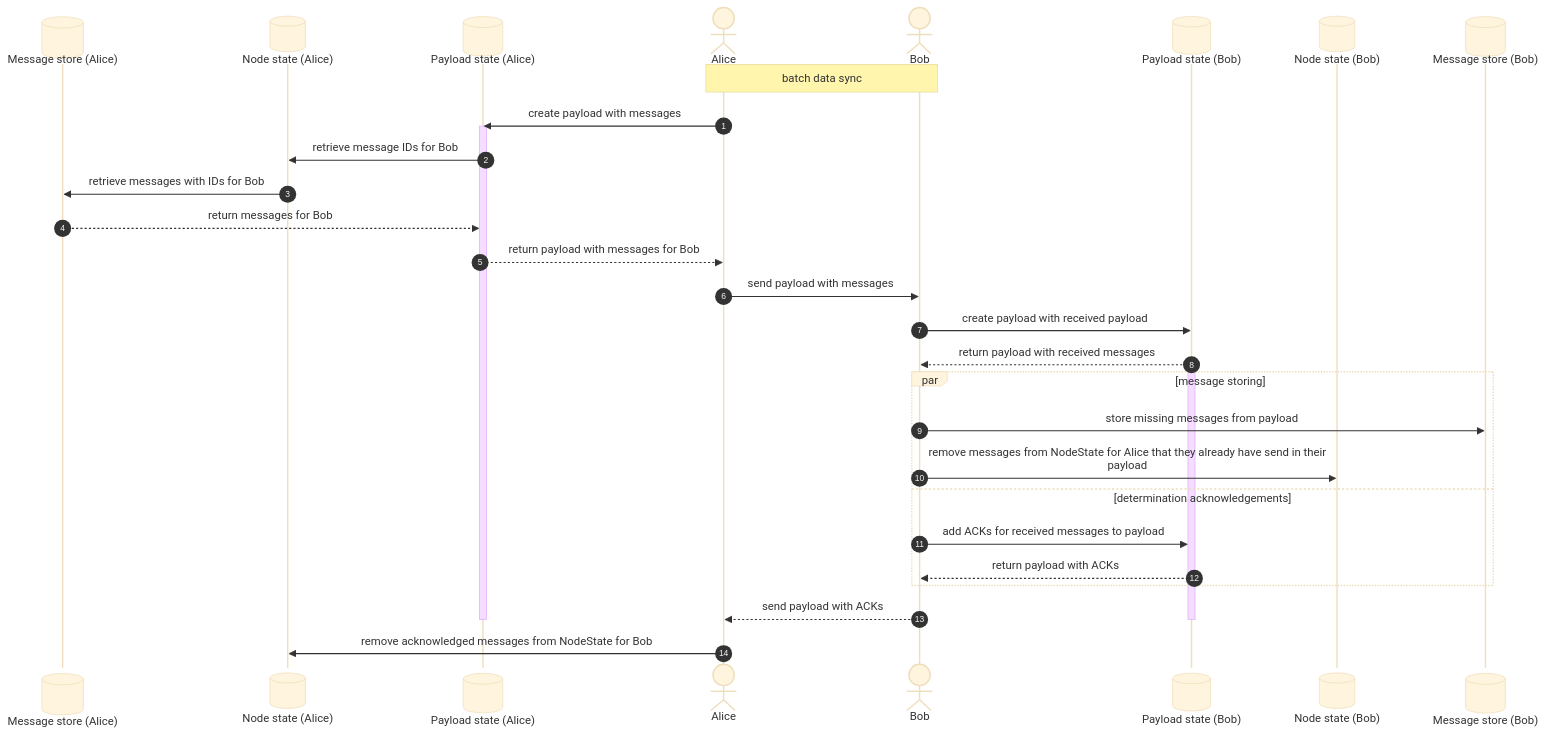
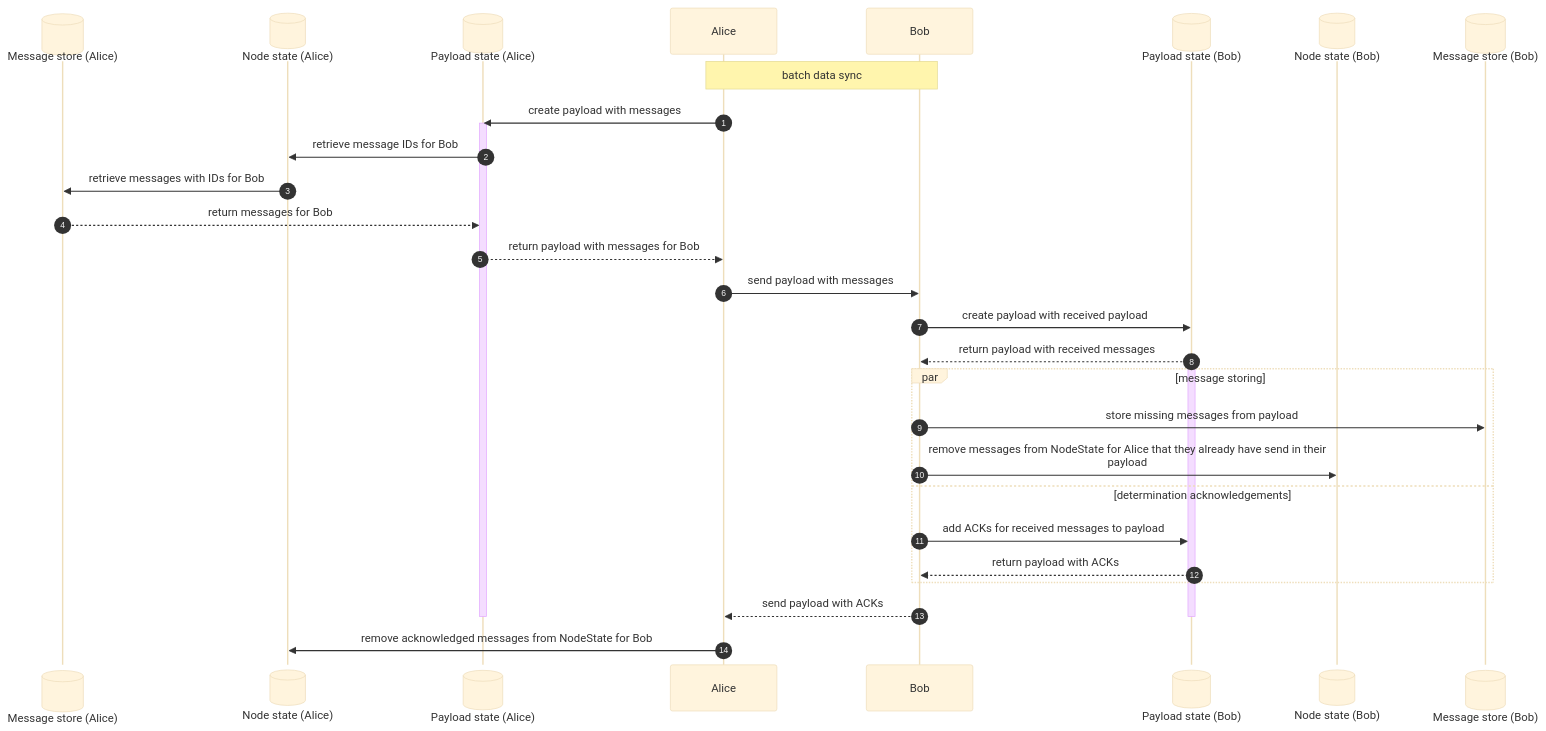
The diagram in formal_verification/versions/01/batch/diagrams/sequence/sequenceDiagram-batch_global.mermaid (SweersJ/Decentralised-Safety---A-Protocol-for-Peer-to-Peer-Emergency-Communication), drawn with Mermaid (base theme) before and after one commit. The commit also changed 1 other file, not shown here.

Commit message:
make Alice and Bob participants instead of Actors  as they are not doing the actions but the client that they own.

```diff
--- a/formal_verification/versions/01/batch/diagrams/sequence/sequenceDiagram-batch_global.mermaid
+++ b/formal_verification/versions/01/batch/diagrams/sequence/sequenceDiagram-batch_global.mermaid
@@ -1,37 +1,38 @@
 sequenceDiagram
     autonumber
     participant MessageStore_Alice@{ "type" : "database" } as Message store (Alice)
     participant NodeState_Alice@{ "type" : "database" } as Node state (Alice)
     participant PayloadState_Alice@{ "type" : "database" } as Payload state (Alice)
-    actor Alice
-    actor Bob
+
+    participant Alice
+    participant Bob
     participant PayloadState_Bob@{ "type" : "database" } as Payload state (Bob)
     participant NodeState_Bob@{ "type" : "database" } as Node state (Bob)
     participant MessageStore_Bob@{ "type" : "database" } as Message store (Bob)
     Note over Alice, Bob: batch data sync
 
     
     Alice->>PayloadState_Alice: create payload with messages
     activate PayloadState_Alice
     PayloadState_Alice->>NodeState_Alice: retrieve message IDs for Bob
     NodeState_Alice->>MessageStore_Alice: retrieve messages with IDs for Bob
     MessageStore_Alice-->>PayloadState_Alice: return messages for Bob
     PayloadState_Alice-->>Alice: return payload with messages for Bob
     Alice->>Bob: send payload with messages
     
     Bob->>PayloadState_Bob: create payload with received payload
     PayloadState_Bob-->>Bob: return payload with received messages
     activate PayloadState_Bob
     par message storing
         Bob->>MessageStore_Bob: store missing messages from payload
         %% maybe separate
         Bob->>NodeState_Bob: wrap: remove messages from NodeState for Alice that they already have send in their payload
     and determination acknowledgements
         Bob->>PayloadState_Bob: add ACKs for received messages to payload
         PayloadState_Bob-->>Bob: return payload with ACKs
     end
     Bob-->>Alice: send payload with ACKs
     deactivate PayloadState_Bob
     deactivate PayloadState_Alice
 
     Alice->>NodeState_Alice: remove acknowledged messages from NodeState for Bob
```
